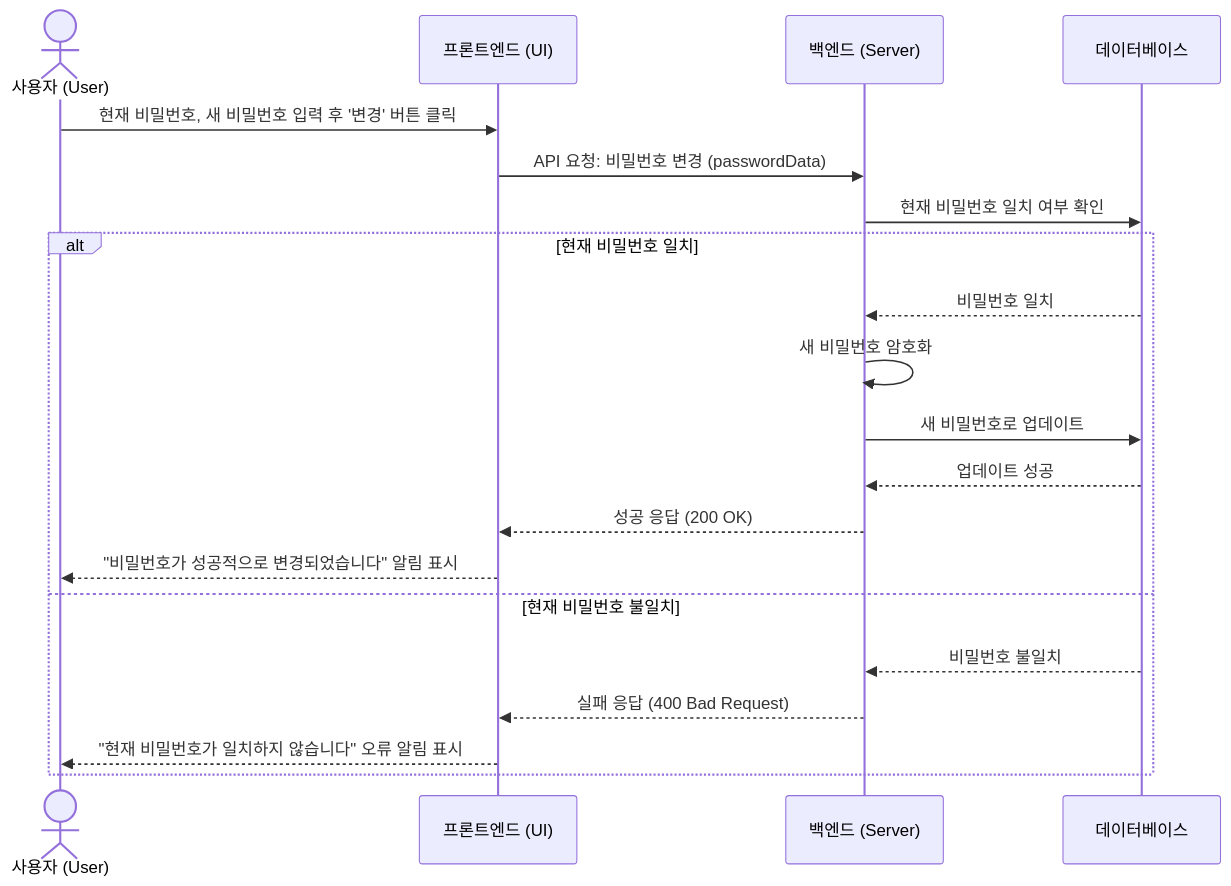
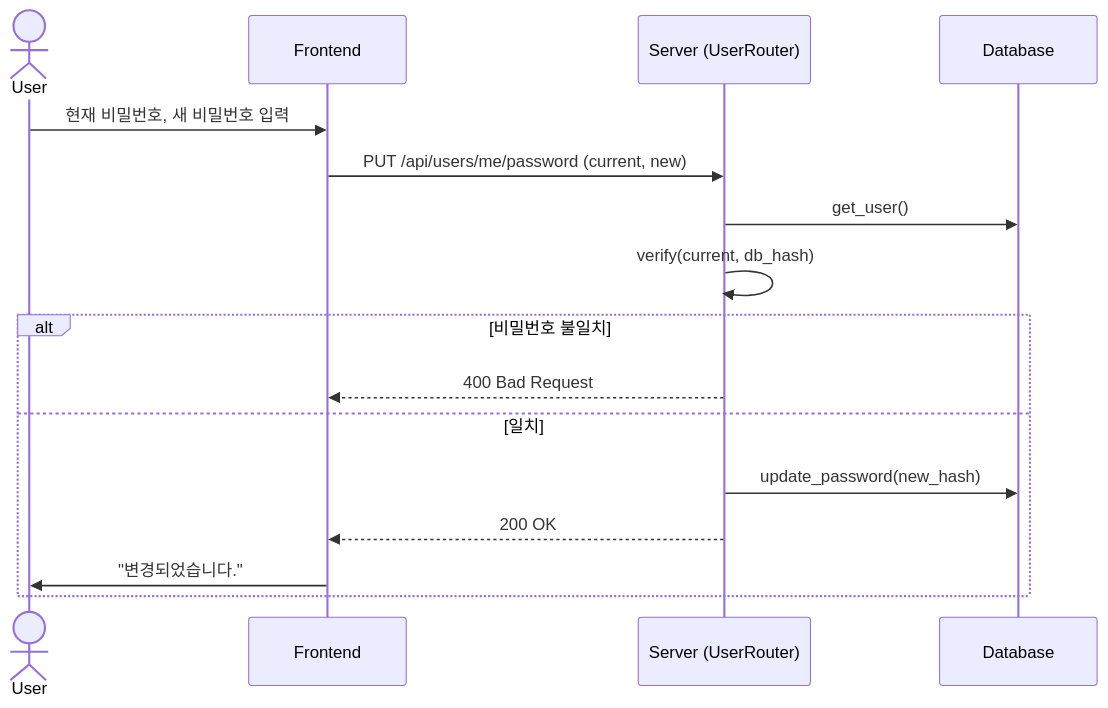
One commit to YU-SoftwareEng/AlphaBot changed diagram 14 of 14 in 문서/SDS/SDS_[Alphabot]_4_SequenceDiagram.md. Above: the diagram before and after it, drawn with Mermaid. The commit also changed other lines of this file and 4 other files, not shown here.

````diff
--- a/문서/SDS/SDS_[Alphabot]_4_SequenceDiagram.md
+++ b/문서/SDS/SDS_[Alphabot]_4_SequenceDiagram.md
@@ -524,24 +307,21 @@
 ```mermaid
 sequenceDiagram
-    actor 사용자 as 사용자 (User)
-    participant Frontend as 프론트엔드 (UI)
-    participant Backend as 백엔드 (Server)
-    participant DB as 데이터베이스
+    actor User
+    participant Frontend
+    participant Server (UserRouter)
+    participant Database
 
-    사용자 ->> Frontend: 현재 비밀번호, 새 비밀번호 입력 후 '변경' 버튼 클릭
-    Frontend ->> Backend: API 요청: 비밀번호 변경 (passwordData)
-    Backend ->> DB: 현재 비밀번호 일치 여부 확인
-
-    alt 현재 비밀번호 일치
-        DB -->> Backend: 비밀번호 일치
-        Backend ->> Backend: 새 비밀번호 암호화
-        Backend ->> DB: 새 비밀번호로 업데이트
-        DB -->> Backend: 업데이트 성공
-        Backend -->> Frontend: 성공 응답 (200 OK)
-        Frontend -->> 사용자: "비밀번호가 성공적으로 변경되었습니다" 알림 표시
-    else 현재 비밀번호 불일치
-        DB -->> Backend: 비밀번호 불일치
-        Backend -->> Frontend: 실패 응답 (400 Bad Request)
-        Frontend -->> 사용자: "현재 비밀번호가 일치하지 않습니다" 오류 알림 표시
+    User->>Frontend: 현재 비밀번호, 새 비밀번호 입력
+    Frontend->>Server (UserRouter): PUT /api/users/me/password (current, new)
+    
+    Server (UserRouter)->>Database: get_user()
+    Server (UserRouter)->>Server (UserRouter): verify(current, db_hash)
+    
+    alt 비밀번호 불일치
+        Server (UserRouter)-->>Frontend: 400 Bad Request
+    else 일치
+        Server (UserRouter)->>Database: update_password(new_hash)
+        Server (UserRouter)-->>Frontend: 200 OK
+        Frontend->>User: "변경되었습니다."
     end
 ```
````
